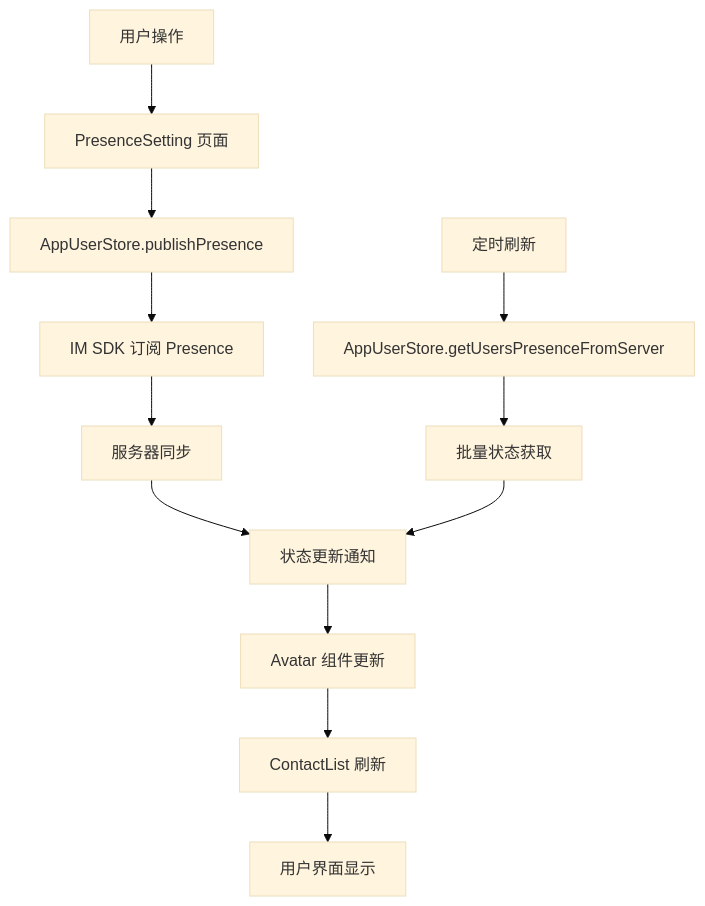
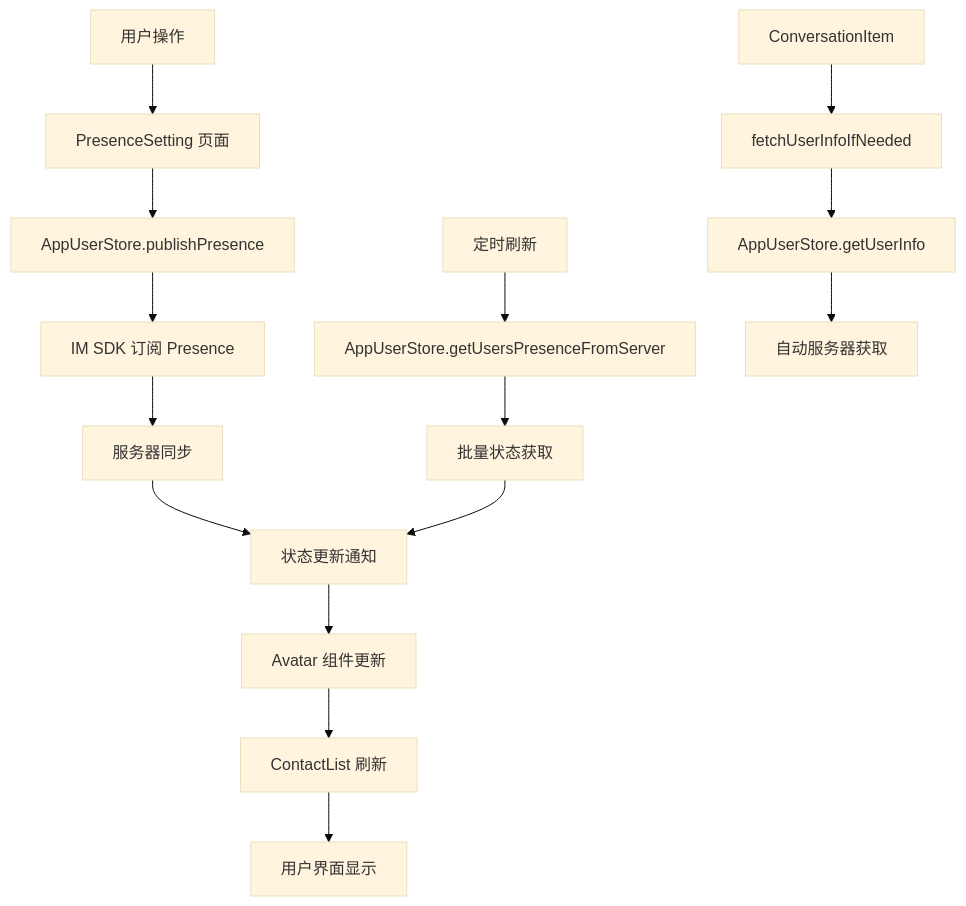
Before and after one commit to Easemob-Community/easemob-uikit-uniapp-community: the sixth of 7 diagrams in .qoder/repowiki/zh/content/User Status Management.md, drawn with Mermaid (base theme). The commit also changed other lines of this file and 5 other files, not shown here.

````diff
--- a/.qoder/repowiki/zh/content/User Status Management.md
+++ b/.qoder/repowiki/zh/content/User Status Management.md
@@ -264,14 +357,17 @@
 ```mermaid
 flowchart TD
 A[用户操作] --> B[PresenceSetting 页面]
 B --> C[AppUserStore.publishPresence]
 C --> D[IM SDK 订阅 Presence]
 D --> E[服务器同步]
 E --> F[状态更新通知]
 F --> G[Avatar 组件更新]
 G --> H[ContactList 刷新]
 H --> I[用户界面显示]
 J[定时刷新] --> K[AppUserStore.getUsersPresenceFromServer]
 K --> L[批量状态获取]
 L --> F
+M[ConversationItem] --> N[fetchUserInfoIfNeeded]
+N --> O[AppUserStore.getUserInfo]
+O --> P[自动服务器获取]
 ```
````
